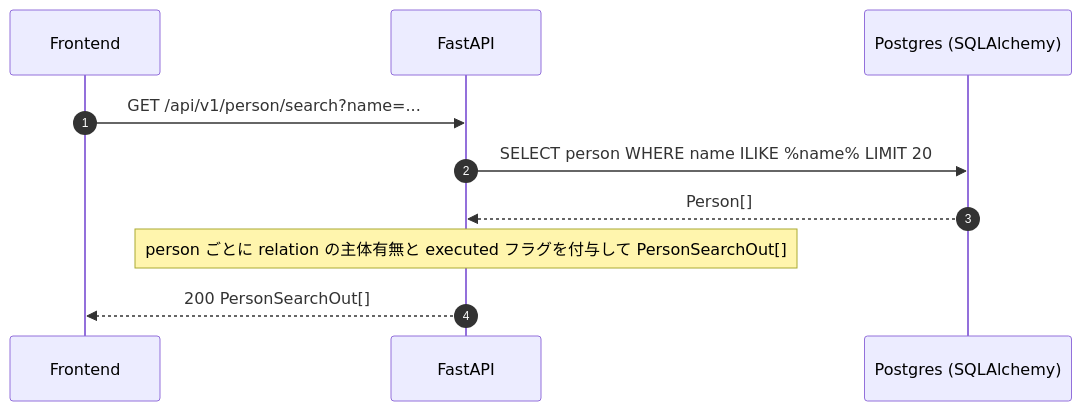
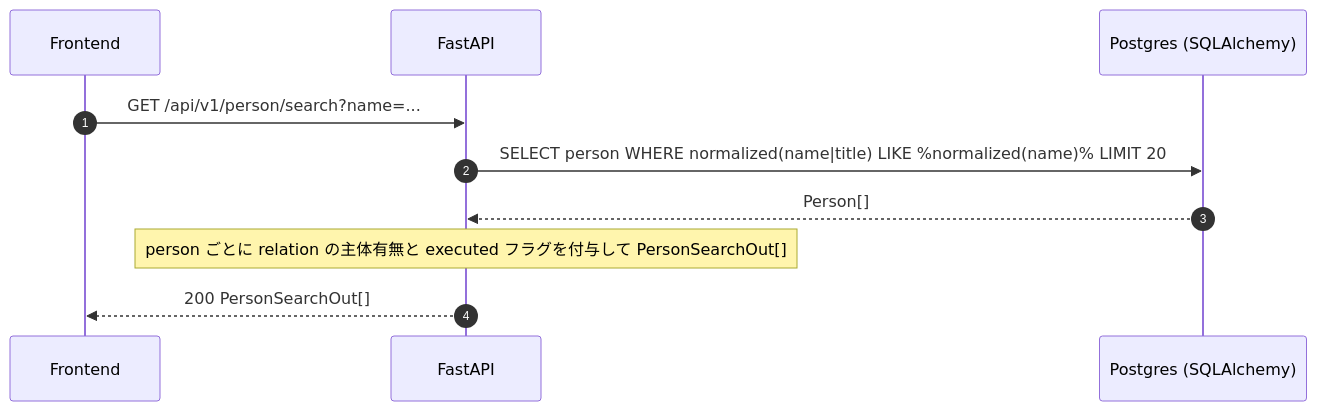
The fourth of 10 diagrams in docs/api.md (5avvadaJ1r0/people_relation), drawn with Mermaid before and after one commit. The commit also changed other lines of this file and 4 other files, not shown here.

````diff
--- a/docs/api.md
+++ b/docs/api.md
@@ -409,13 +409,13 @@
 ```mermaid
 sequenceDiagram
     autonumber
     participant FE as Frontend
     participant API as FastAPI
     participant DB as Postgres (SQLAlchemy)
 
     FE->>API: GET /api/v1/person/search?name=...
-    API->>DB: SELECT person WHERE name ILIKE %name% LIMIT 20
+    API->>DB: SELECT person WHERE normalized(name|title) LIKE %normalized(name)% LIMIT 20
     DB-->>API: Person[]
     Note over API: person ごとに relation の主体有無と executed フラグを付与して PersonSearchOut[]
     API-->>FE: 200 PersonSearchOut[]
 ```
````
